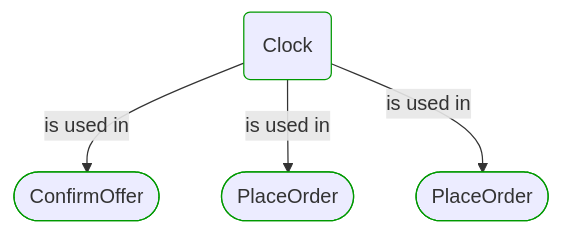
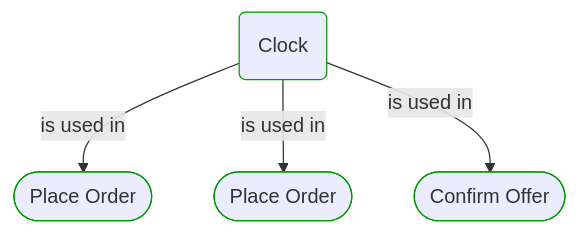
Before and after one commit to itlibrium/DDD-starter-dotnet: the second of 2 diagrams in Docs/P3/MermaidOutput/Domain/Concepts/Sales/Time/Clock.md, drawn with Mermaid. The commit also changed other lines of this file and 51 other files, not shown here.

````diff
--- a/Docs/P3/MermaidOutput/Domain/Concepts/Sales/Time/Clock.md
+++ b/Docs/P3/MermaidOutput/Domain/Concepts/Sales/Time/Clock.md
@@ -48,17 +48,17 @@
 ```mermaid
   flowchart TB
     0(Clock)
     class 0 DomainPerspective
-    1([ConfirmOffer])
+    1([Place Order])
     class 1 DomainPerspective
     0-->|is used in|1
-    2([PlaceOrder])
+    2([Place Order])
     class 2 DomainPerspective
     0-->|is used in|2
-    3([PlaceOrder])
+    3([Confirm Offer])
     class 3 DomainPerspective
     0-->|is used in|3
     classDef DomainPerspective stroke:#009900
     classDef TechnologyPerspective stroke:#1F41EB
     classDef PeoplePerspective stroke:#FFF014
 ```
````
